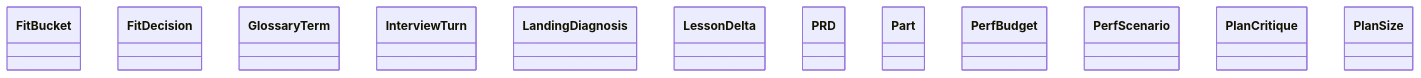
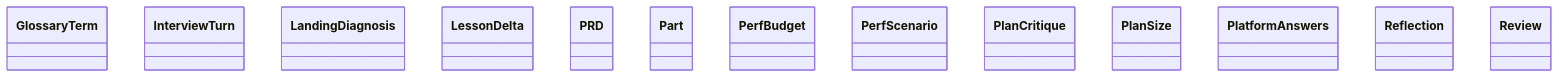
The diagram in docs/architecture/generated/classes-process-domain-roles-3.md (GonzaloZevallos/agentic-system), drawn with Mermaid before and after one commit. The commit also changed other lines of this file and 19 other files, not shown here.

Commit message:
Regenerate the architecture pages for the roles cluster

````diff
--- a/docs/architecture/generated/classes-process-domain-roles-3.md
+++ b/docs/architecture/generated/classes-process-domain-roles-3.md
@@ -25,15 +25,16 @@
 ```mermaid
 classDiagram
-    class schemas__FitBucket["FitBucket"]
-    class schemas__FitDecision["FitDecision"]
     class schemas__GlossaryTerm["GlossaryTerm"]
     class schemas__InterviewTurn["InterviewTurn"]
     class schemas__LandingDiagnosis["LandingDiagnosis"]
     class schemas__LessonDelta["LessonDelta"]
     class schemas__PRD["PRD"]
     class schemas__Part["Part"]
     class schemas__PerfBudget["PerfBudget"]
     class schemas__PerfScenario["PerfScenario"]
     class schemas__PlanCritique["PlanCritique"]
     class schemas__PlanSize["PlanSize"]
+    class schemas__PlatformAnswers["PlatformAnswers"]
+    class schemas__Reflection["Reflection"]
+    class schemas__Review["Review"]
 ```
````
